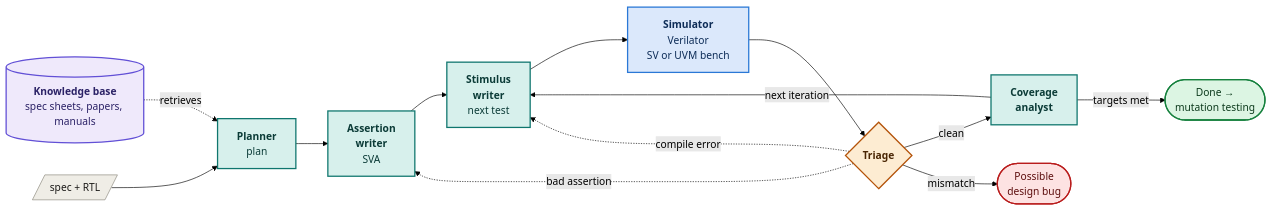
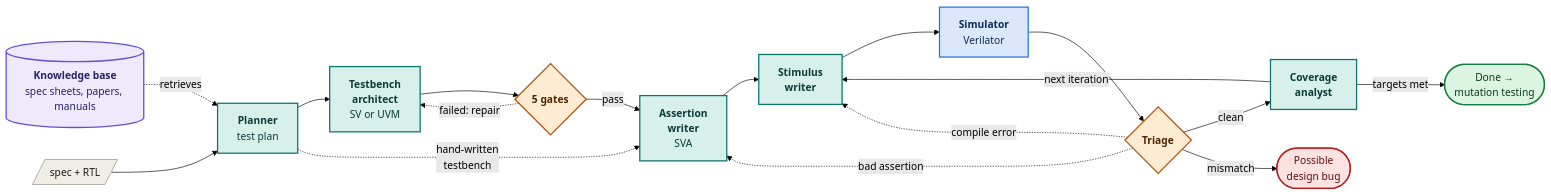
One commit to Henil-08/rtl-coverage-agents changed the first of 2 diagrams in README.md. Above: the diagram before and after it, drawn with Mermaid (forest theme). The commit also changed other lines of this file and 17 other files, not shown here.

````diff
--- a/README.md
+++ b/README.md
@@ -154,23 +127,27 @@
 ```mermaid
 flowchart LR
-    KB[("<b>Knowledge base</b><br/>spec sheets, papers, manuals")]:::kb -. "retrieves" .-> PLAN["<b>Planner</b><br/>plan"]:::llm
+    KB[("<b>Knowledge base</b><br/>spec sheets, papers, manuals")]:::kb -. "retrieves" .-> PLAN["<b>Planner</b><br/>test plan"]:::llm
     SPEC[/"spec + RTL"/]:::input --> PLAN
-    PLAN --> ASSERT["<b>Assertion<br/>writer</b><br/>SVA"]:::llm
-    ASSERT --> STIM["<b>Stimulus<br/>writer</b><br/>next test"]:::llm
-    STIM --> SIM["<b>Simulator</b><br/>Verilator<br/>SV or UVM bench"]:::tool
+    PLAN --> TBA["<b>Testbench<br/>architect</b><br/>SV or UVM"]:::llm
+    TBA --> GATES{"<b>5 gates</b>"}:::rule
+    GATES -. "failed: repair" .-> TBA
+    GATES -- pass --> ASSERT["<b>Assertion<br/>writer</b><br/>SVA"]:::llm
+    PLAN -. "hand-written<br/>testbench" .-> ASSERT
+    ASSERT --> STIM["<b>Stimulus<br/>writer</b>"]:::llm
+    STIM --> SIM["<b>Simulator</b><br/>Verilator"]:::tool
     SIM --> TRI{"<b>Triage</b>"}:::rule
     TRI -- clean --> AN["<b>Coverage<br/>analyst</b>"]:::llm
     AN -- "next iteration" --> STIM
     AN -- "targets met" --> DONE(["Done →<br/>mutation testing"]):::done
     TRI -. "compile error" .-> STIM
     TRI -. "bad assertion" .-> ASSERT
     TRI -- mismatch --> BUG(["Possible<br/>design bug"]):::bad
 
     classDef input fill:#efede6,stroke:#8a867b,color:#1c1b19
     classDef kb fill:#efe9fb,stroke:#6250d6,stroke-width:2px,color:#2b2266
     classDef llm fill:#d7f0ec,stroke:#0f766e,stroke-width:2px,color:#0b3b37
     classDef tool fill:#dbe8fb,stroke:#2a78d6,stroke-width:2px,color:#0d2c57
     classDef rule fill:#fdecd2,stroke:#b45309,stroke-width:2px,color:#4a2604
     classDef done fill:#dcf5e3,stroke:#15803d,stroke-width:2px,color:#0d3b1d
     classDef bad fill:#fde2e2,stroke:#b91c1c,stroke-width:2px,color:#5c0d0d
 ```
````
